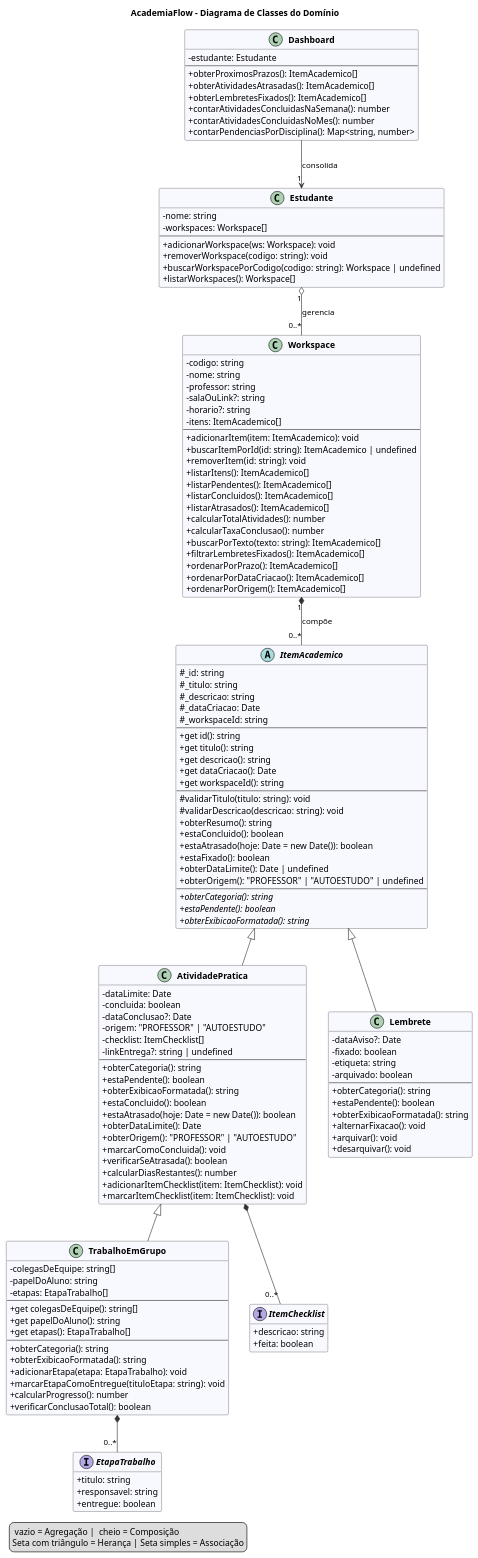
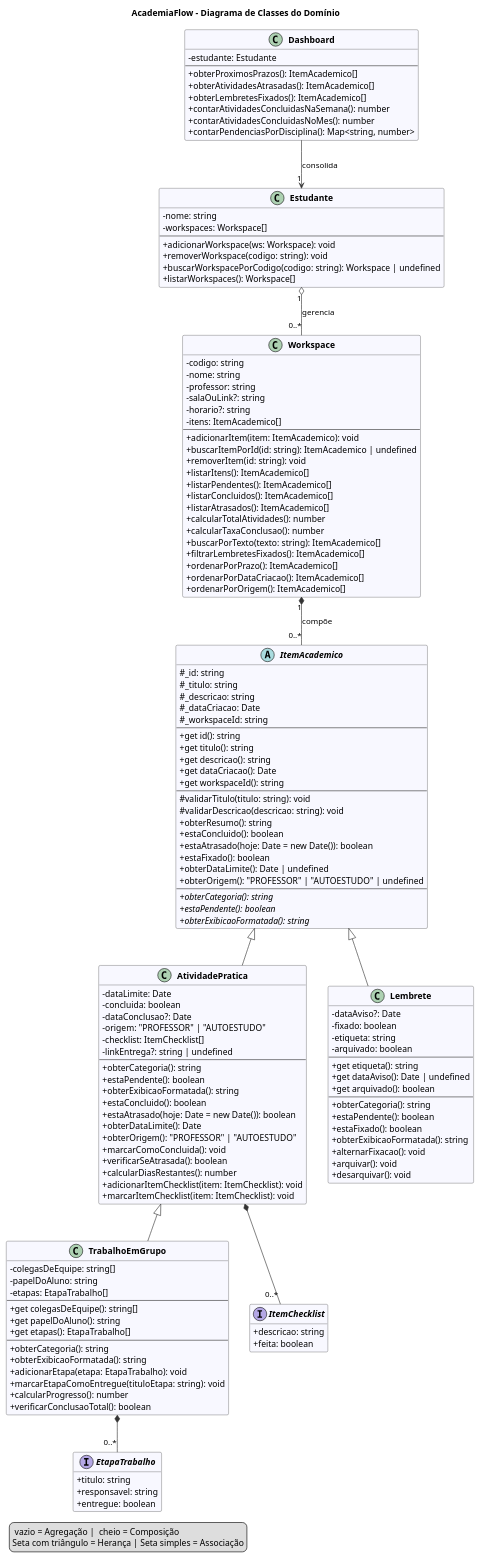
Before and after one commit to ElryanGomes/OrganizadorAcademico: the diagram in docs/diagrama.puml, drawn with PlantUML. The commit also changed 3 other files, not shown here.

```diff
--- a/docs/diagrama.puml
+++ b/docs/diagrama.puml
@@ -1,167 +1,172 @@
 @startuml
 title AcademiaFlow - Diagrama de Classes do Domínio
 
 skinparam classAttributeIconSize 0
 skinparam shadowing false
 skinparam classFontStyle bold
 skinparam ArrowColor #333333
 skinparam class {
   BackgroundColor #F8F8FF
   BorderColor #333333
 }
 hide empty members
 
 class Estudante {
   - nome: string
   - workspaces: Workspace[]
   --
   + adicionarWorkspace(ws: Workspace): void
   + removerWorkspace(codigo: string): void
   + buscarWorkspacePorCodigo(codigo: string): Workspace | undefined
   + listarWorkspaces(): Workspace[]
 }
 
 class Workspace {
   - codigo: string
   - nome: string
   - professor: string
   - salaOuLink?: string
   - horario?: string
   - itens: ItemAcademico[]
   --
   + adicionarItem(item: ItemAcademico): void
   + buscarItemPorId(id: string): ItemAcademico | undefined
   + removerItem(id: string): void
   + listarItens(): ItemAcademico[]
   + listarPendentes(): ItemAcademico[]
   + listarConcluidos(): ItemAcademico[]
   + listarAtrasados(): ItemAcademico[]
   + calcularTotalAtividades(): number
   + calcularTaxaConclusao(): number
   + buscarPorTexto(texto: string): ItemAcademico[]
   + filtrarLembretesFixados(): ItemAcademico[]
   + ordenarPorPrazo(): ItemAcademico[]
   + ordenarPorDataCriacao(): ItemAcademico[]
   + ordenarPorOrigem(): ItemAcademico[]
 }
 
 abstract class ItemAcademico {
   # _id: string
   # _titulo: string
   # _descricao: string
   # _dataCriacao: Date
   # _workspaceId: string
   --
   + get id(): string
   + get titulo(): string
   + get descricao(): string
   + get dataCriacao(): Date
   + get workspaceId(): string
   --
   # validarTitulo(titulo: string): void
   # validarDescricao(descricao: string): void
   + obterResumo(): string
   + estaConcluido(): boolean
   + estaAtrasado(hoje: Date = new Date()): boolean
   + estaFixado(): boolean
   + obterDataLimite(): Date | undefined
   + obterOrigem(): "PROFESSOR" | "AUTOESTUDO" | undefined
   --
   + {abstract} obterCategoria(): string
   + {abstract} estaPendente(): boolean
   + {abstract} obterExibicaoFormatada(): string
 }
 
 class AtividadePratica {
   - dataLimite: Date
   - concluida: boolean
   - dataConclusao?: Date
   - origem: "PROFESSOR" | "AUTOESTUDO"
   - checklist: ItemChecklist[]
   - linkEntrega?: string | undefined
   --
   + obterCategoria(): string
   + estaPendente(): boolean
   + obterExibicaoFormatada(): string
   + estaConcluido(): boolean
   + estaAtrasado(hoje: Date = new Date()): boolean
   + obterDataLimite(): Date
   + obterOrigem(): "PROFESSOR" | "AUTOESTUDO"
   + marcarComoConcluida(): void
   + verificarSeAtrasada(): boolean
   + calcularDiasRestantes(): number
   + adicionarItemChecklist(item: ItemChecklist): void
   + marcarItemChecklist(item: ItemChecklist): void
 }
 
 class TrabalhoEmGrupo {
   - colegasDeEquipe: string[]
   - papelDoAluno: string
   - etapas: EtapaTrabalho[]
   --
   + get colegasDeEquipe(): string[]
   + get papelDoAluno(): string
   + get etapas(): EtapaTrabalho[]
   --
   + obterCategoria(): string
   + obterExibicaoFormatada(): string
   + adicionarEtapa(etapa: EtapaTrabalho): void
   + marcarEtapaComoEntregue(tituloEtapa: string): void
   + calcularProgresso(): number
   + verificarConclusaoTotal(): boolean
 }
 
 class Lembrete {
   - dataAviso?: Date
   - fixado: boolean
   - etiqueta: string
   - arquivado: boolean
   --
+  + get etiqueta(): string
+  + get dataAviso(): Date | undefined
+  + get arquivado(): boolean
+  --
   + obterCategoria(): string
   + estaPendente(): boolean
+  + estaFixado(): boolean
   + obterExibicaoFormatada(): string
   + alternarFixacao(): void
   + arquivar(): void
   + desarquivar(): void
 }
 
 interface ItemChecklist {
   + descricao: string
   + feita: boolean
 }
 
 interface EtapaTrabalho {
   + titulo: string
   + responsavel: string
   + entregue: boolean
 }
 
 class Dashboard {
   - estudante: Estudante
   --
   + obterProximosPrazos(): ItemAcademico[]
   + obterAtividadesAtrasadas(): ItemAcademico[]
   + obterLembretesFixados(): ItemAcademico[]
   + contarAtividadesConcluidasNaSemana(): number
   + contarAtividadesConcluidasNoMes(): number
   + contarPendenciasPorDisciplina(): Map<string, number>
 }
 
 ' Relacionamentos
 Estudante "1" o-- "0..*" Workspace : gerencia
 Workspace "1" *-- "0..*" ItemAcademico : compõe
 
 ItemAcademico <|-- AtividadePratica
 AtividadePratica <|-- TrabalhoEmGrupo
 ItemAcademico <|-- Lembrete
 
 AtividadePratica *-- "0..*" ItemChecklist
 TrabalhoEmGrupo *-- "0..*" EtapaTrabalho
 
 Dashboard --> "1" Estudante : consolida
 
 legend bottom left
   <&diamond> vazio = Agregação | <&diamond> cheio = Composição
   Seta com triângulo = Herança | Seta simples = Associação
 endlegend
 @enduml
```
